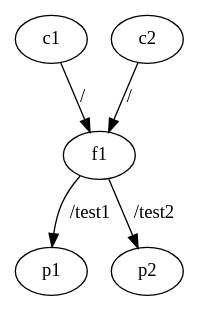
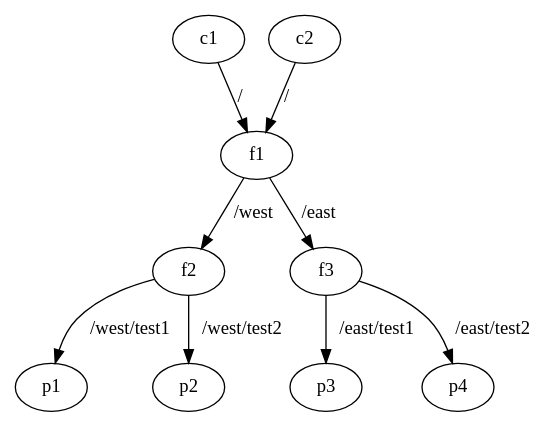
Before and after one commit to saifulislampi/ndn-traceroute: the diagram in graph.dot, drawn with Graphviz. The commit also changed 2 other files, not shown here.

```diff
--- a/graph.dot
+++ b/graph.dot
@@ -1,14 +1,25 @@
 digraph G {
     c1 [class="client"]
     c1 -> f1 [label="/"]
-    
+
     c2 [class="client"]
     c2 -> f1 [label="/"]
 
     f1 [class="forwarder"]
-    f1 -> p1 [label="/test1"]
-    f1 -> p2 [label="/test2"]
+    f1 -> f2 [label="/west"]
+    f1 -> f3 [label="/east"]
+    
+    f2 [class="forwarder"]
+    f2 -> p1 [label="/west/test1"]
+    f2 -> p2 [label="/west/test2"]
+    
+    f3 [class="forwarder"]
+    f3 -> p3 [label="/east/test1"]
+    f3 -> p4 [label="/east/test2"]
+    
 
-    p1 [class="producer" data="/test1"]
-    p2 [class="producer" data="/test2"]
+    p1 [class="producer" data="/west/test1/data"]
+    p2 [class="producer" data="/west/test2/data"]
+    p3 [class="producer" data="/east/test1/data"]
+    p4 [class="producer" data="/east/test2/data"]
 }
```
